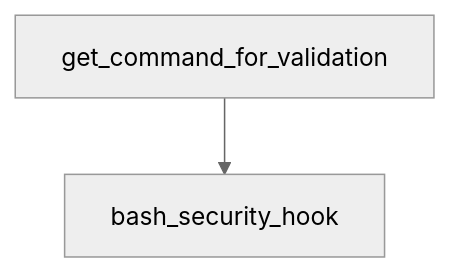
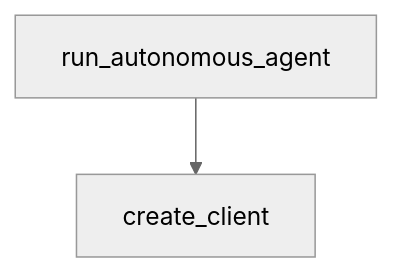
The diagram in tutorials/claude-quickstarts-tutorial/06-production-patterns.md (johnxie/awesome-code-docs), drawn with Mermaid (neutral theme) before and after one commit. The commit also changed other lines of this file and 1232 other files, not shown here.

````diff
--- a/tutorials/claude-quickstarts-tutorial/06-production-patterns.md
+++ b/tutorials/claude-quickstarts-tutorial/06-production-patterns.md
@@ -179,6 +177,6 @@
 ```mermaid
 flowchart TD
-    A[get_command_for_validation]
-    B[bash_security_hook]
+    A[run_autonomous_agent]
+    B[create_client]
     A --> B
 ```
````
